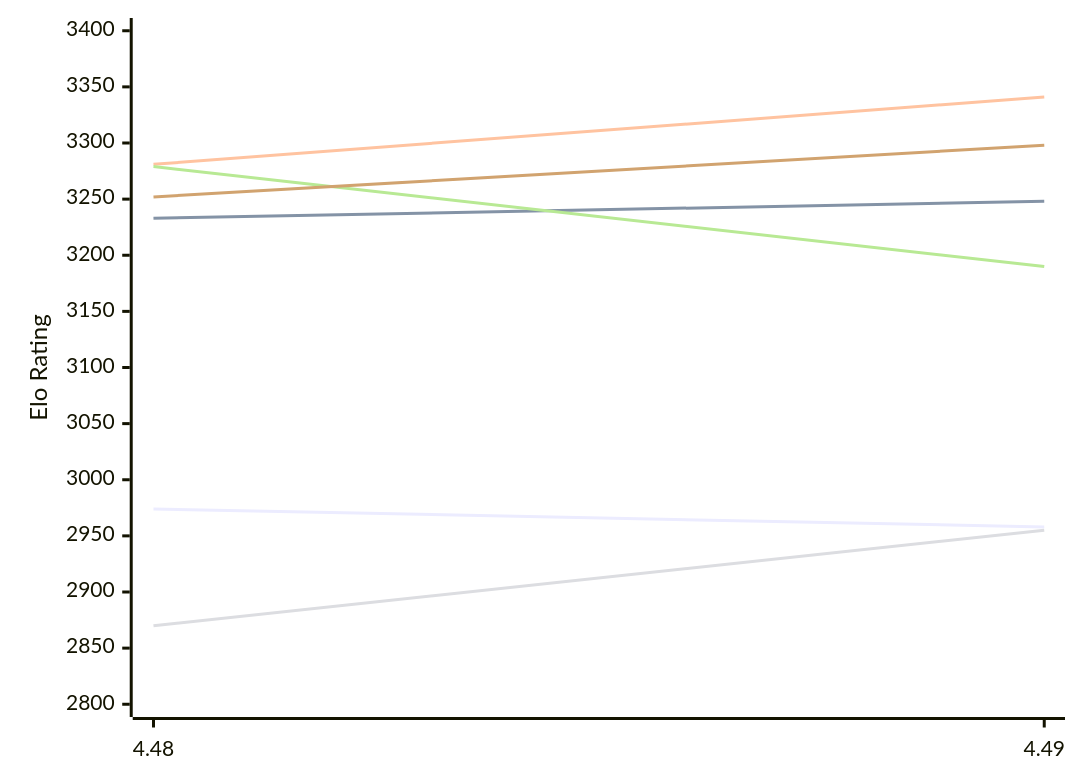
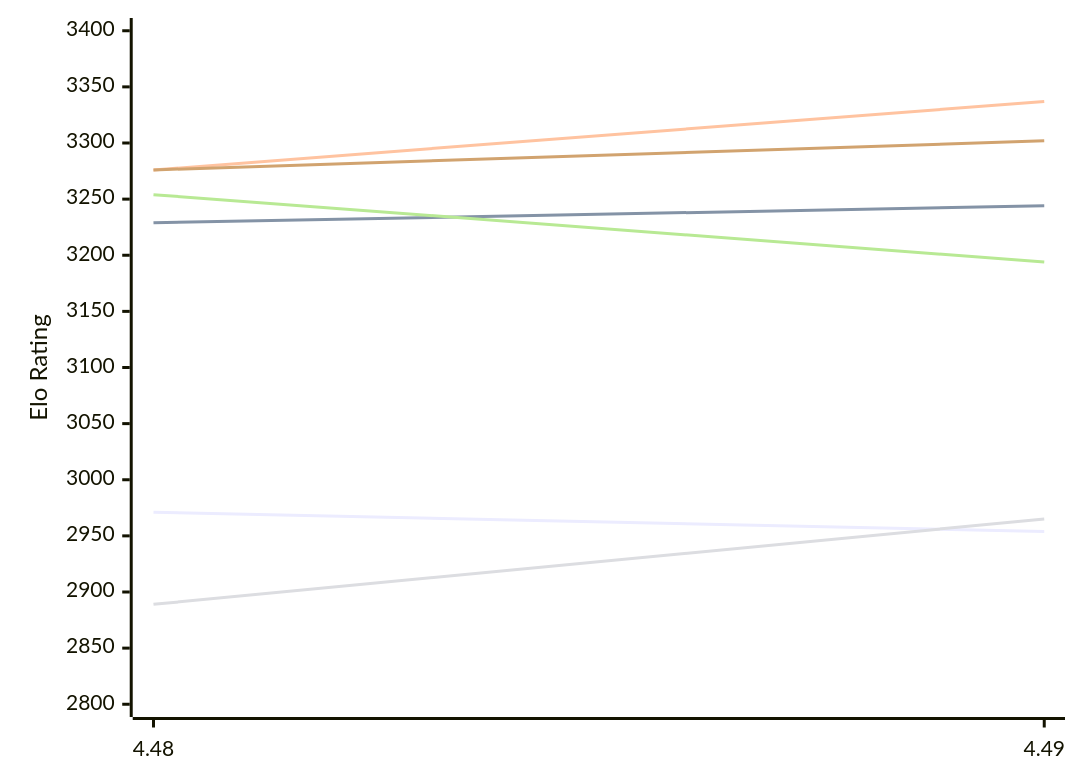
The first of 2 diagrams in engines/Cheng4.md (computer-chess-index/cci), drawn with Mermaid before and after one commit. The commit also changed other lines of this file, not shown here.

Commit message:
Update CCI Ratings (ELO VLTC) - 2026-11-21

````diff
--- a/engines/Cheng4.md
+++ b/engines/Cheng4.md
@@ -50,12 +50,12 @@
 ```mermaid
 %%{init: {"theme":"base","themeVariables":{"seriesColors:['#a3a3a3','#222221','#faa371']}}}%%
 xychart-beta
   x-axis ["4.48", "4.49"]
   y-axis "Elo Rating" 2800 --> 3400
-  line "E1: STC (8.0+0.08s)" [2974, 2958]
-  line "E1: LTC (60.0+0.60s)" [3233, 3248]
-  line "E1: VLTC (2m24s+1.12s)" [3281, 3341]
-  line "P1: STC (8.0+0.08s)" [2870, 2955]
-  line "P1: LTC (60.0+0.60s)" [3279, 3190]
-  line "P1: VLTC (2m24s+1.12s)" [3252, 3298]
+  line "E1: STC (8.0+0.08s)" [2971, 2954]
+  line "E1: LTC (60.0+0.60s)" [3229, 3244]
+  line "E1: VLTC (2m24s+1.12s)" [3276, 3337]
+  line "P1: STC (8.0+0.08s)" [2889, 2965]
+  line "P1: LTC (60.0+0.60s)" [3254, 3194]
+  line "P1: VLTC (2m24s+1.12s)" [3276, 3302]
 ```
````
